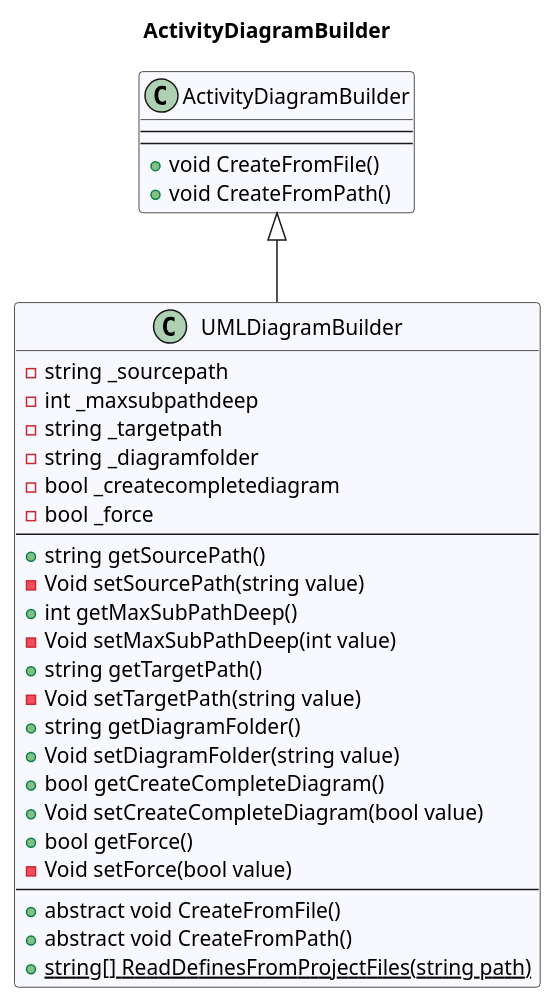
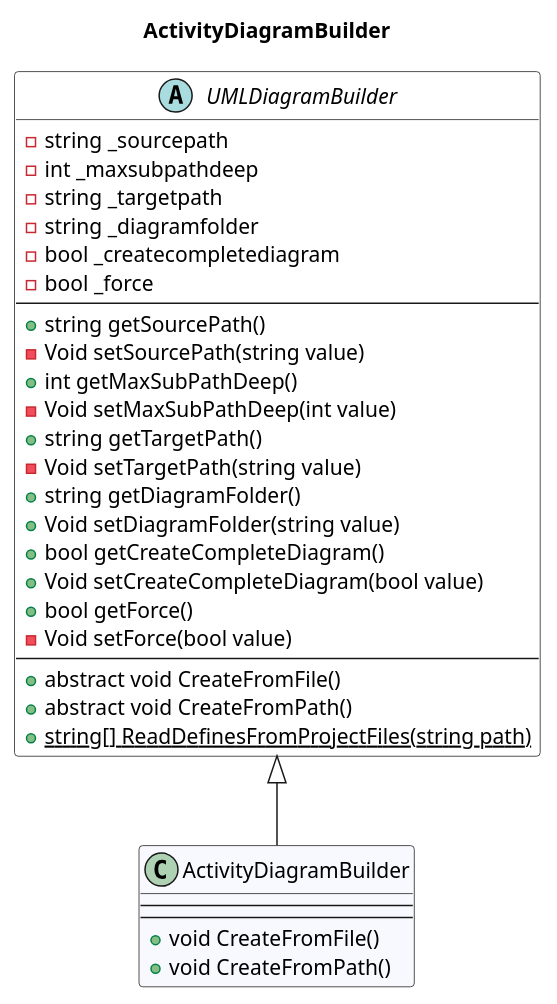
Before and after one commit to leoggehrer/PlantUML: the diagram in PlantUML.ConApp/diagrams/cd_ActivityDiagramBuilder.puml, drawn with PlantUML. The commit also changed 51 other files, not shown here.

```diff
--- a/PlantUML.ConApp/diagrams/cd_ActivityDiagramBuilder.puml
+++ b/PlantUML.ConApp/diagrams/cd_ActivityDiagramBuilder.puml
@@ -1,36 +1,35 @@
 @startuml ActivityDiagramBuilder
 title ActivityDiagramBuilder
- class ActivityDiagramBuilder #GhostWhite {
+class ActivityDiagramBuilder #GhostWhite {
 ---
 ---
 + void CreateFromFile()
 + void CreateFromPath()
 }
 abstract class UMLDiagramBuilder #White {
 - string _sourcepath
 - int _maxsubpathdeep
 - string _targetpath
 - string _diagramfolder
 - bool _createcompletediagram
 - bool _force
 ---
 + string getSourcePath()
 - Void setSourcePath(string value)
 + int getMaxSubPathDeep()
 - Void setMaxSubPathDeep(int value)
 + string getTargetPath()
 - Void setTargetPath(string value)
 + string getDiagramFolder()
 + Void setDiagramFolder(string value)
 + bool getCreateCompleteDiagram()
 + Void setCreateCompleteDiagram(bool value)
 + bool getForce()
 - Void setForce(bool value)
 ---
 + abstract void CreateFromFile()
 + abstract void CreateFromPath()
 + {static} string[] ReadDefinesFromProjectFiles(string path)
 }
-ActivityDiagramBuilder <|-- UMLDiagramBuilder
-class UMLDiagramBuilder #GhostWhite
+UMLDiagramBuilder <|-- ActivityDiagramBuilder
 @enduml
```
